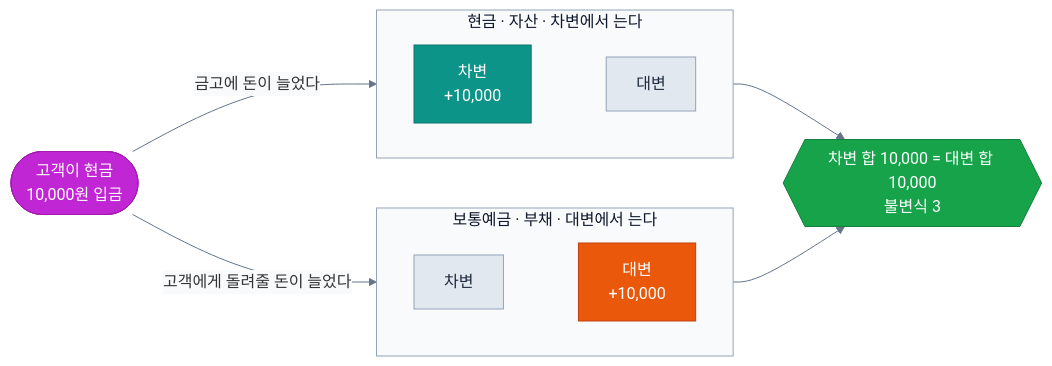
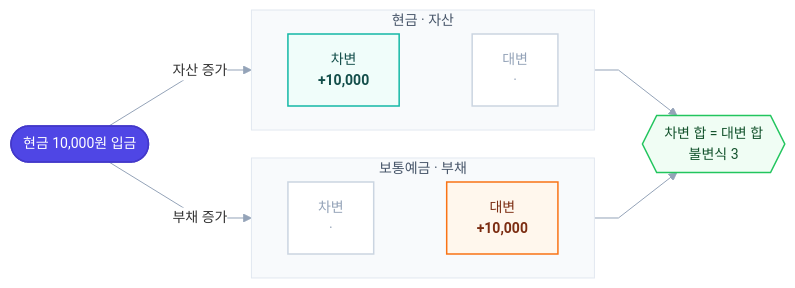
One commit to CCAFY/core-banking changed the third of 7 diagrams in docs/primer.md. Above: the diagram before and after it, drawn with Mermaid. The commit also changed other lines of this file, not shown here.

````diff
--- a/docs/primer.md
+++ b/docs/primer.md
@@ -77,32 +59,28 @@
 ```mermaid
-%%{init: {"theme": "base", "themeVariables": {"lineColor": "#64748B", "edgeLabelBackground": "#F8FAFC", "clusterBkg": "#F8FAFC", "clusterBorder": "#94A3B8", "titleColor": "#0F172A", "textColor": "#0F172A"}}}%%
+%%{init: {"theme": "base", "themeVariables": {"fontSize": "14px", "lineColor": "#94A3B8", "textColor": "#334155", "edgeLabelBackground": "#FFFFFF", "clusterBkg": "#F8FAFC", "clusterBorder": "#E2E8F0", "titleColor": "#475569"}, "flowchart": {"curve": "linear", "nodeSpacing": 28, "rankSpacing": 48}}}%%
 flowchart LR
-    classDef event  fill:#C026D3,stroke:#A21CAF,color:#FFFFFF
-    classDef debit  fill:#0D9488,stroke:#0F766E,color:#FFFFFF
-    classDef credit fill:#EA580C,stroke:#C2410C,color:#FFFFFF
-    classDef ok     fill:#16A34A,stroke:#15803D,color:#FFFFFF
-    classDef note   fill:#E2E8F0,stroke:#94A3B8,color:#1E293B
+    classDef input  fill:#4F46E5,stroke:#4338CA,stroke-width:1.5px,color:#FFFFFF
+    classDef value  fill:#FFFFFF,stroke:#CBD5E1,stroke-width:1.5px,color:#94A3B8
+    classDef debit  fill:#F0FDFA,stroke:#14B8A6,stroke-width:1.5px,color:#134E4A
+    classDef credit fill:#FFF7ED,stroke:#F97316,stroke-width:1.5px,color:#7C2D12
+    classDef ok     fill:#F0FDF4,stroke:#22C55E,stroke-width:1.5px,color:#14532D
 
-    EV(["고객이 현금<br/>10,000원 입금"]):::event
+    EV(["현금 10,000원 입금"]):::input
 
-    subgraph CASH ["현금 · 자산 · 차변에서 는다"]
+    subgraph CASH ["현금 · 자산"]
         direction LR
-        CD["차변<br/>+10,000"]:::debit
-        CC["대변<br/>　"]:::note
-        CD ~~~ CC
+        CD["차변<br/><b>+10,000</b>"]:::debit ~~~ CC["대변<br/>·"]:::value
     end
 
-    subgraph DEP ["보통예금 · 부채 · 대변에서 는다"]
+    subgraph DEP ["보통예금 · 부채"]
         direction LR
-        DD["차변<br/>　"]:::note
-        DC["대변<br/>+10,000"]:::credit
-        DD ~~~ DC
+        DD["차변<br/>·"]:::value ~~~ DC["대변<br/><b>+10,000</b>"]:::credit
     end
 
-    CHK{{"차변 합 10,000 = 대변 합 10,000<br/>불변식 3"}}:::ok
+    CHK{{"차변 합 = 대변 합<br/>불변식 3"}}:::ok
 
-    EV -- "금고에 돈이 늘었다" --> CASH
-    EV -- "고객에게 돌려줄 돈이 늘었다" --> DEP
+    EV -- "자산 증가" --> CASH
+    EV -- "부채 증가" --> DEP
     CASH --> CHK
     DEP --> CHK
 ```
````
